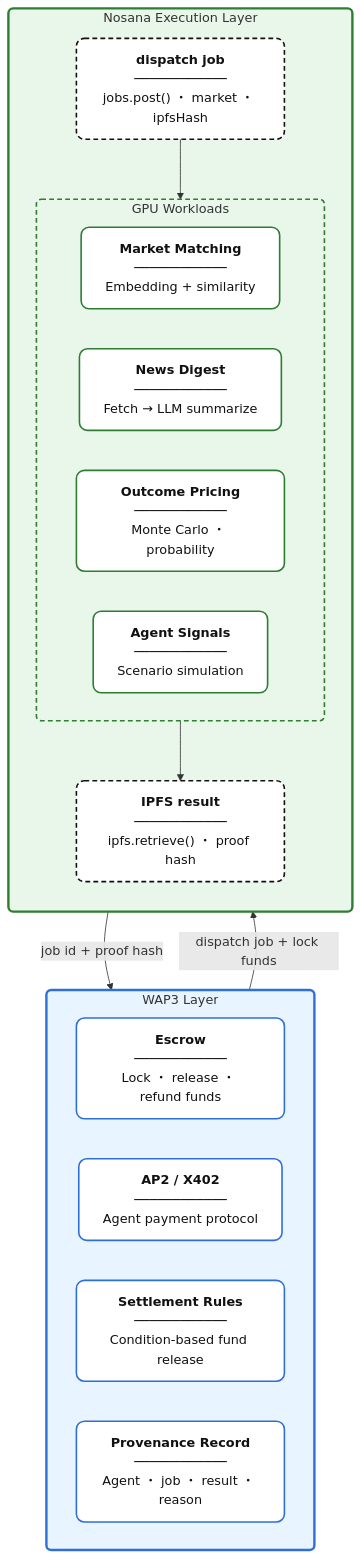
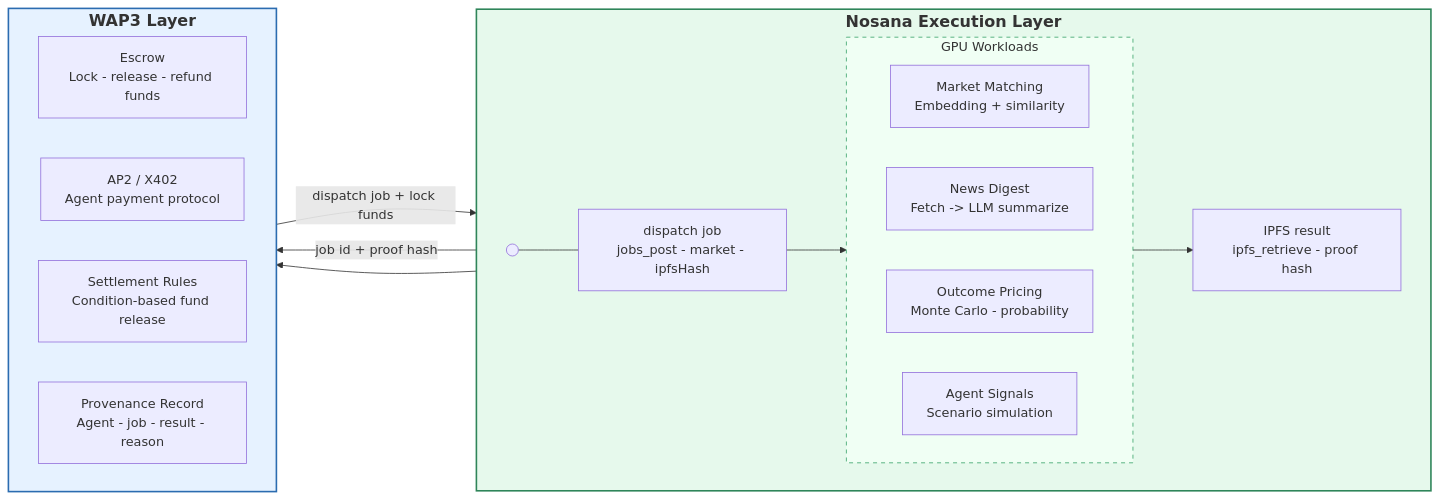
The first of 3 diagrams in docs/NOSANA_INTEGRATION.md (nelsonjingusc/wap3-agent-payment-poc), drawn with Mermaid before and after one commit.

Commit message:
update diagram

````diff
--- a/docs/NOSANA_INTEGRATION.md
+++ b/docs/NOSANA_INTEGRATION.md
@@ -11,55 +11,61 @@
 ```mermaid
-flowchart TB
+flowchart LR
 
 %% =========================
-%% Top: WAP3 Layer
+%% NOSANA EXECUTION LAYER (LEFT)
+%% =========================
+subgraph NEL["Nosana Execution Layer"]
+direction LR
+
+anchor(( ))
+
+DJ["dispatch job<br>jobs_post - market - ipfsHash"]
+
+subgraph GPU["GPU Workloads"]
+direction LR
+
+MM["Market Matching<br>Embedding + similarity"]
+ND["News Digest<br>Fetch -> LLM summarize"]
+OP["Outcome Pricing<br>Monte Carlo - probability"]
+AS["Agent Signals<br>Scenario simulation"]
+
+end
+
+IPFS["IPFS result<br>ipfs_retrieve - proof hash"]
+
+anchor --- DJ
+DJ --> GPU
+GPU --> IPFS
+
+end
+
+%% =========================
+%% WAP3 LAYER (RIGHT)
 %% =========================
 subgraph WAP3["WAP3 Layer"]
 direction LR
 
-E["<b>Escrow</b><br/>────────────<br/>Lock ・ release ・ refund funds"]:::wap3box
-P["<b>AP2 / X402</b><br/>────────────<br/>Agent payment protocol"]:::wap3box
-S["<b>Settlement Rules</b><br/>────────────<br/>Condition-based fund release"]:::wap3box
-R["<b>Provenance Record</b><br/>────────────<br/>Agent ・ job ・ result ・ reason"]:::wap3box
+E["Escrow<br>Lock - release - refund funds"]
+AP["AP2 / X402<br>Agent payment protocol"]
+SR["Settlement Rules<br>Condition-based fund release"]
+PR["Provenance Record<br>Agent - job - result - reason"]
 
 end
-style WAP3 fill:#e8f4ff,stroke:#2f6fd6,stroke-width:3px,rx:6,ry:6
 
 %% =========================
-%% Bottom: Nosana Execution Layer
+%% CROSS LAYER ARROWS
 %% =========================
-subgraph NOS["Nosana Execution Layer"]
-direction TB
-
-DJ["<b>dispatch job</b><br/>────────────<br/>jobs.post() ・ market ・ ipfsHash"]:::dashedBox
-
-subgraph GPU["GPU Workloads"]
-direction LR
-MM["<b>Market Matching</b><br/>────────────<br/>Embedding + similarity"]:::gpuBox
-ND["<b>News Digest</b><br/>────────────<br/>Fetch → LLM summarize"]:::gpuBox
-OP["<b>Outcome Pricing</b><br/>────────────<br/>Monte Carlo ・ probability"]:::gpuBox
-AS["<b>Agent Signals</b><br/>────────────<br/>Scenario simulation"]:::gpuBox
-end
-style GPU fill:#ffffff00,stroke:#2e7d32,stroke-width:2px,stroke-dasharray:6 4,rx:6,ry:6
-
-IPFS["<b>IPFS result</b><br/>────────────<br/>ipfs.retrieve() ・ proof hash"]:::dashedBox
-
-DJ --> GPU
-GPU --> IPFS
-
-end
-style NOS fill:#e9f6ea,stroke:#2e7d32,stroke-width:3px,rx:6,ry:6
+E -->|"dispatch job + lock funds"| DJ
+DJ -->|"job id + proof hash"| SR
+IPFS --> PR
 
 %% =========================
-%% Cross-layer arrows + labels
+%% STYLING
 %% =========================
-P -->|"dispatch job + lock funds"| DJ
-IPFS -->|"job id + proof hash"| S
+style WAP3 fill:#e6f2ff,stroke:#2b6cb0,stroke-width:2px
+style NEL fill:#e6f9ec,stroke:#2f855a,stroke-width:2px
+style GPU fill:#f0fff4,stroke:#38a169,stroke-dasharray: 5 5
 
-%% =========================
-%% Styles
-%% =========================
-classDef wap3box fill:#ffffff,stroke:#2f6fd6,stroke-width:2px,rx:10,ry:10,color:#111;
-classDef gpuBox fill:#ffffff,stroke:#2e7d32,stroke-width:2px,rx:10,ry:10,color:#111;
-classDef dashedBox fill:#ffffff,stroke:#111,stroke-width:2px,stroke-dasharray:6 4,rx:10,ry:10,color:#111;
+classDef bigTitle font-size:20px,font-weight:bold;
+class WAP3,NEL bigTitle;
 ```
````
